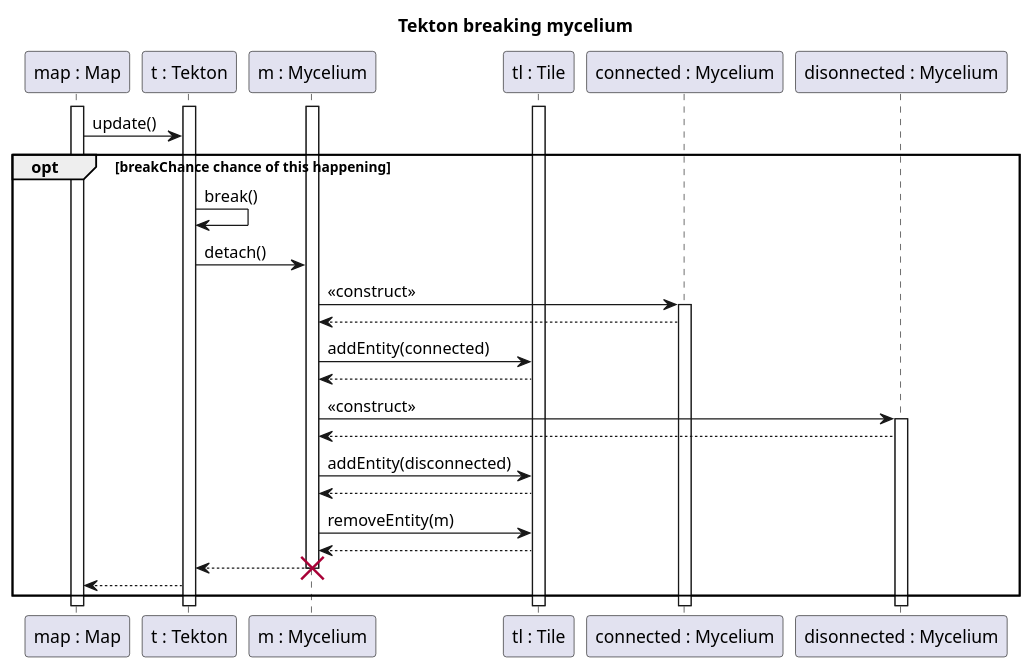
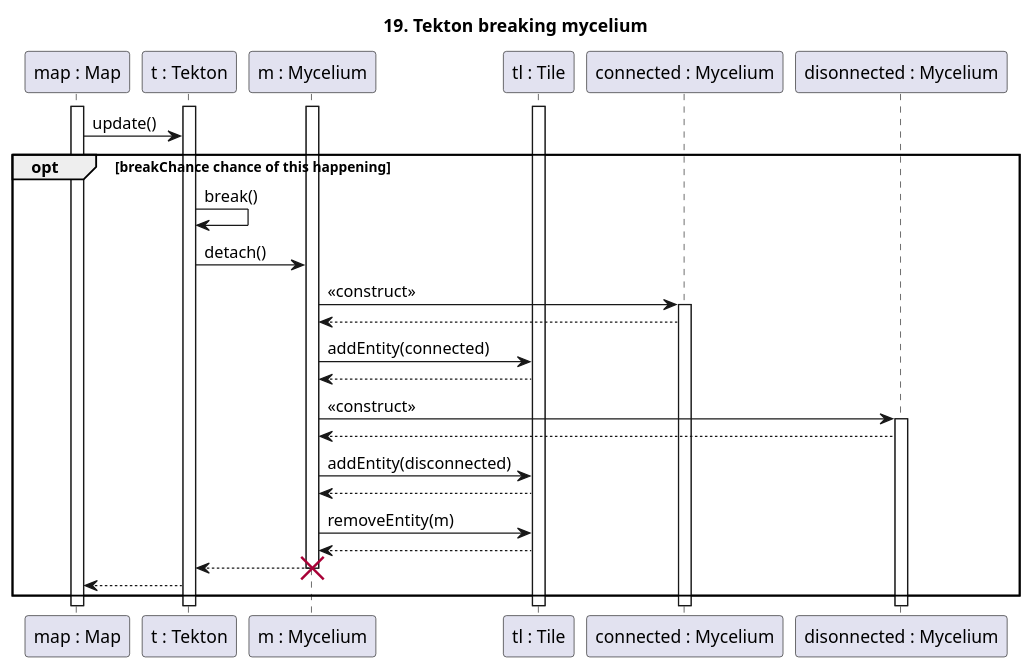
Before and after one commit to Harcipan/Projlab_nullpointerexception: the diagram in diagrams/diagramFiles/SQ_TectonBreaksMycelium.puml, drawn with PlantUML. The commit also changed 19 other files, not shown here.

Commit message:
numbered sq diagrams

```diff
--- a/diagrams/diagramFiles/SQ_TectonBreaksMycelium.puml
+++ b/diagrams/diagramFiles/SQ_TectonBreaksMycelium.puml
@@ -1,48 +1,48 @@
 @startuml TektonBreakMycelium
-title Tekton breaking mycelium
+title 19. Tekton breaking mycelium
 
 participant "map : Map" as M
 participant "t : Tekton" as T
 participant "m : Mycelium" as My
 participant "tl : Tile" as Tl
 participant "connected : Mycelium" as Mc
 participant "disonnected : Mycelium" as Md
 
 
 activate T
 activate My
 activate M
 activate Tl
 
 M->T : update()
 opt breakChance chance of this happening
 T->T : break()
 T->My : detach()
 
 My->Mc : <<construct>>
 
 activate Mc
 
 Mc-->My
 My->Tl : addEntity(connected)
 Tl --> My
 My->Md : <<construct>>
 
 activate Md
 
 Md-->My
 My->Tl : addEntity(disconnected)
 Tl-->My
 
 My->Tl : removeEntity(m)
 Tl-->My
 
 My-->T
 
 destroy My
 T-->M
 
 end
 
 
 @enduml
```
